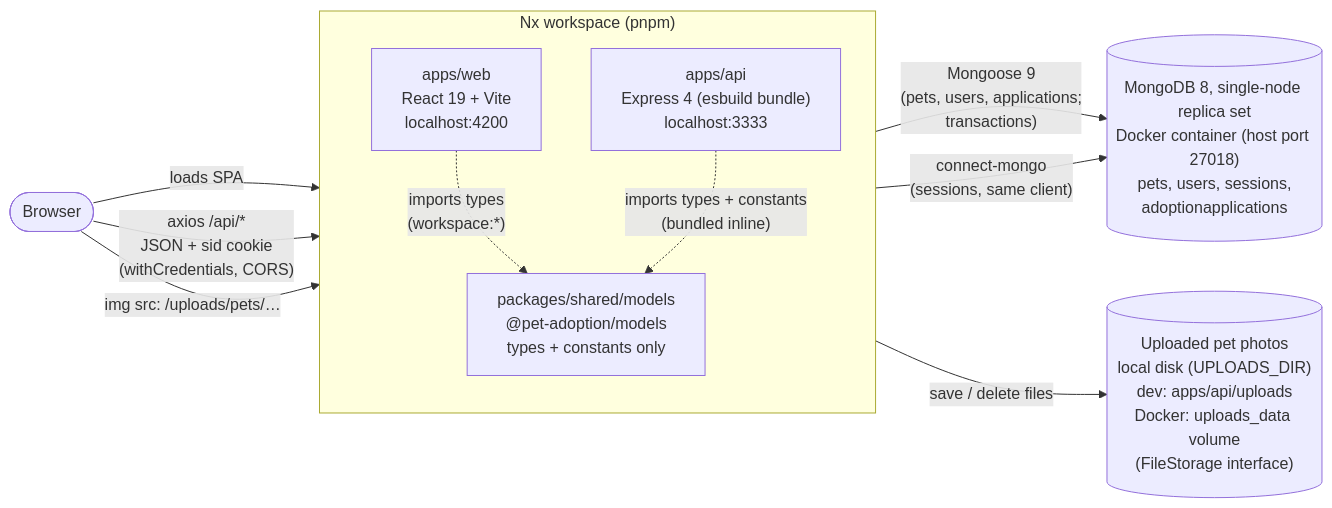
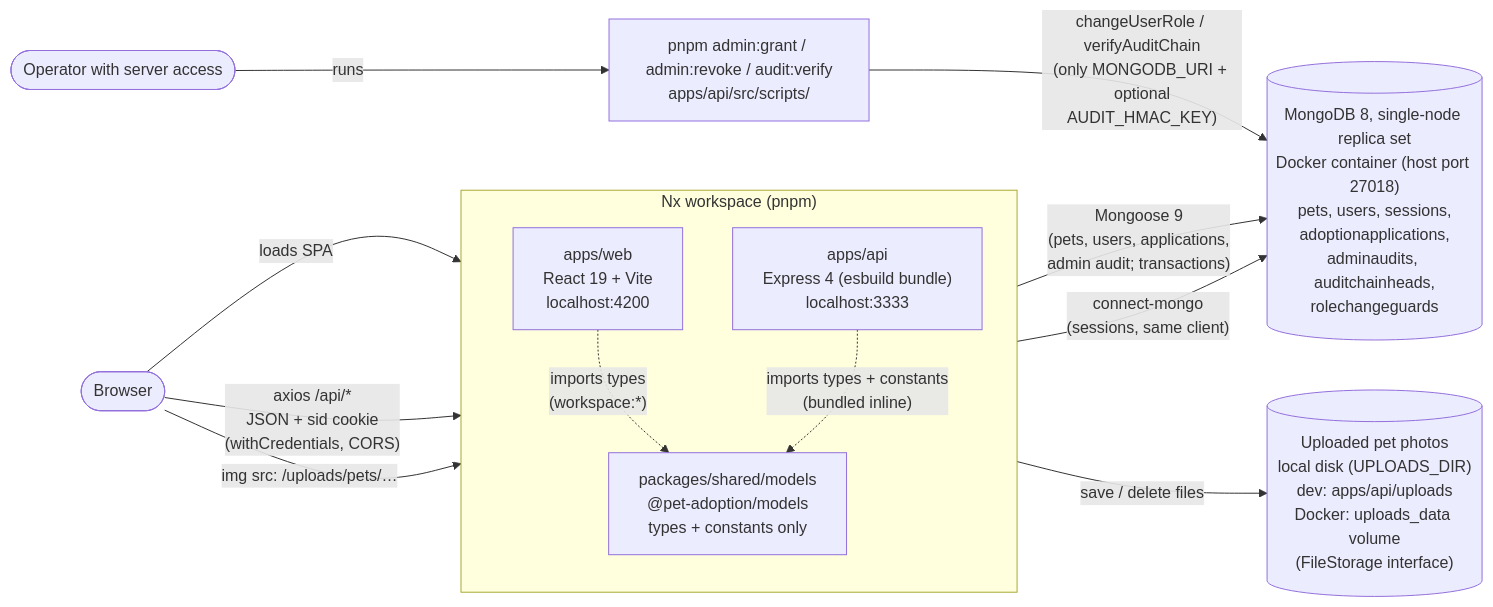
One commit to BojanSovtic/pet-adoption-system changed the first of 14 diagrams in docs/architecture.md. Above: the diagram before and after it, drawn with Mermaid. The commit also changed other lines of this file and 81 other files, not shown here.

First line of the commit message:
feat: admin role with moderation, audit log and secure provisioning

````diff
--- a/docs/architecture.md
+++ b/docs/architecture.md
@@ -9,22 +9,26 @@
 ```mermaid
 flowchart LR
   subgraph nx["Nx workspace (pnpm)"]
     direction TB
     web["apps/web<br/>React 19 + Vite<br/>localhost:4200"]
     api["apps/api<br/>Express 4 (esbuild bundle)<br/>localhost:3333"]
     models["packages/shared/models<br/>@pet-adoption/models<br/>types + constants only"]
   end
 
   browser(["Browser"])
-  mongo[("MongoDB 8, single-node replica set<br/>Docker container (host port 27018)<br/>pets, users, sessions,<br/>adoptionapplications")]
+  operator(["Operator with server access"])
+  cli["pnpm admin:grant / admin:revoke / audit:verify<br/>apps/api/src/scripts/"]
+  mongo[("MongoDB 8, single-node replica set<br/>Docker container (host port 27018)<br/>pets, users, sessions,<br/>adoptionapplications,<br/>adminaudits, auditchainheads,<br/>rolechangeguards")]
 
   browser -- "loads SPA" --> web
   browser -- "axios /api/*<br/>JSON + sid cookie<br/>(withCredentials, CORS)" --> api
   web -. "imports types<br/>(workspace:*)" .-> models
   api -. "imports types + constants<br/>(bundled inline)" .-> models
-  api -- "Mongoose 9<br/>(pets, users, applications;<br/>transactions)" --> mongo
+  api -- "Mongoose 9<br/>(pets, users, applications,<br/>admin audit; transactions)" --> mongo
   api -- "connect-mongo<br/>(sessions, same client)" --> mongo
+  operator -- "runs" --> cli
+  cli -- "changeUserRole / verifyAuditChain<br/>(only MONGODB_URI + optional<br/>AUDIT_HMAC_KEY)" --> mongo
   uploads[("Uploaded pet photos<br/>local disk (UPLOADS_DIR)<br/>dev: apps/api/uploads<br/>Docker: uploads_data volume<br/>(FileStorage interface)")]
   api -- "save / delete files" --> uploads
   browser -- "img src: /uploads/pets/…" --> api
 ```
````
